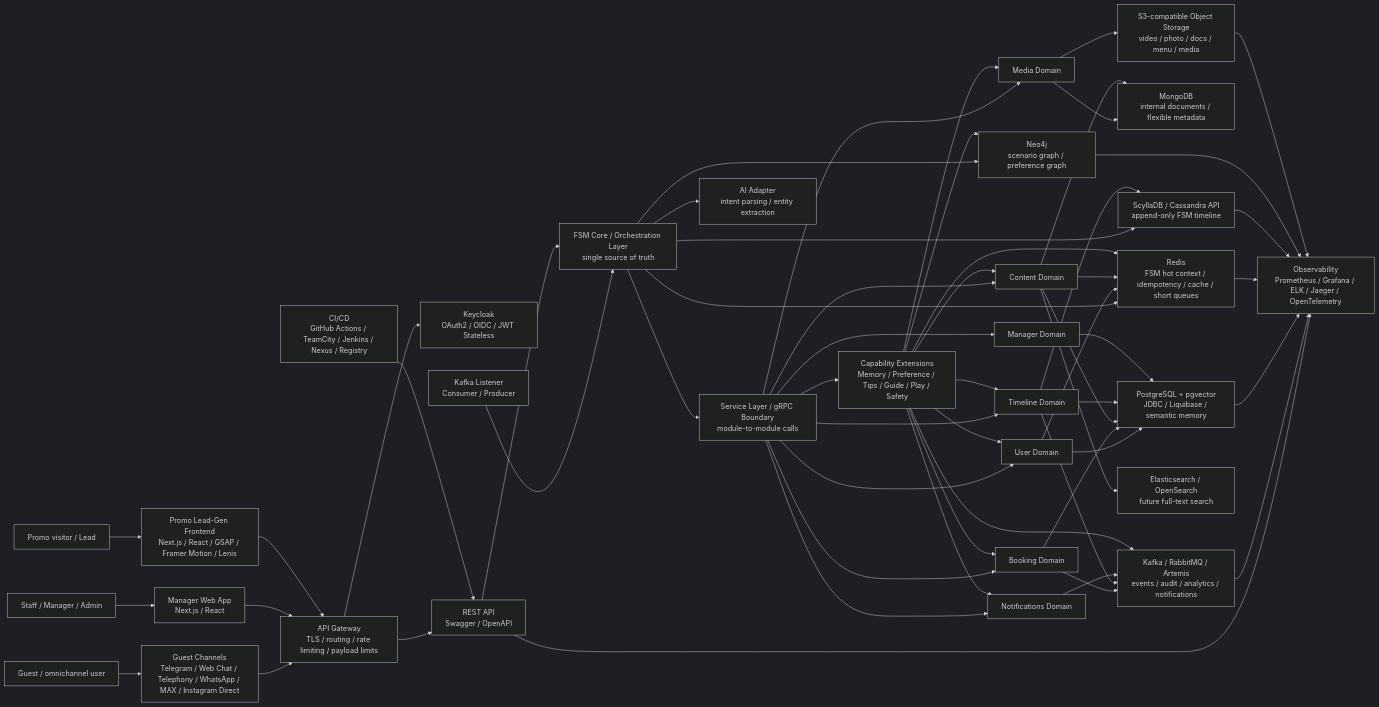
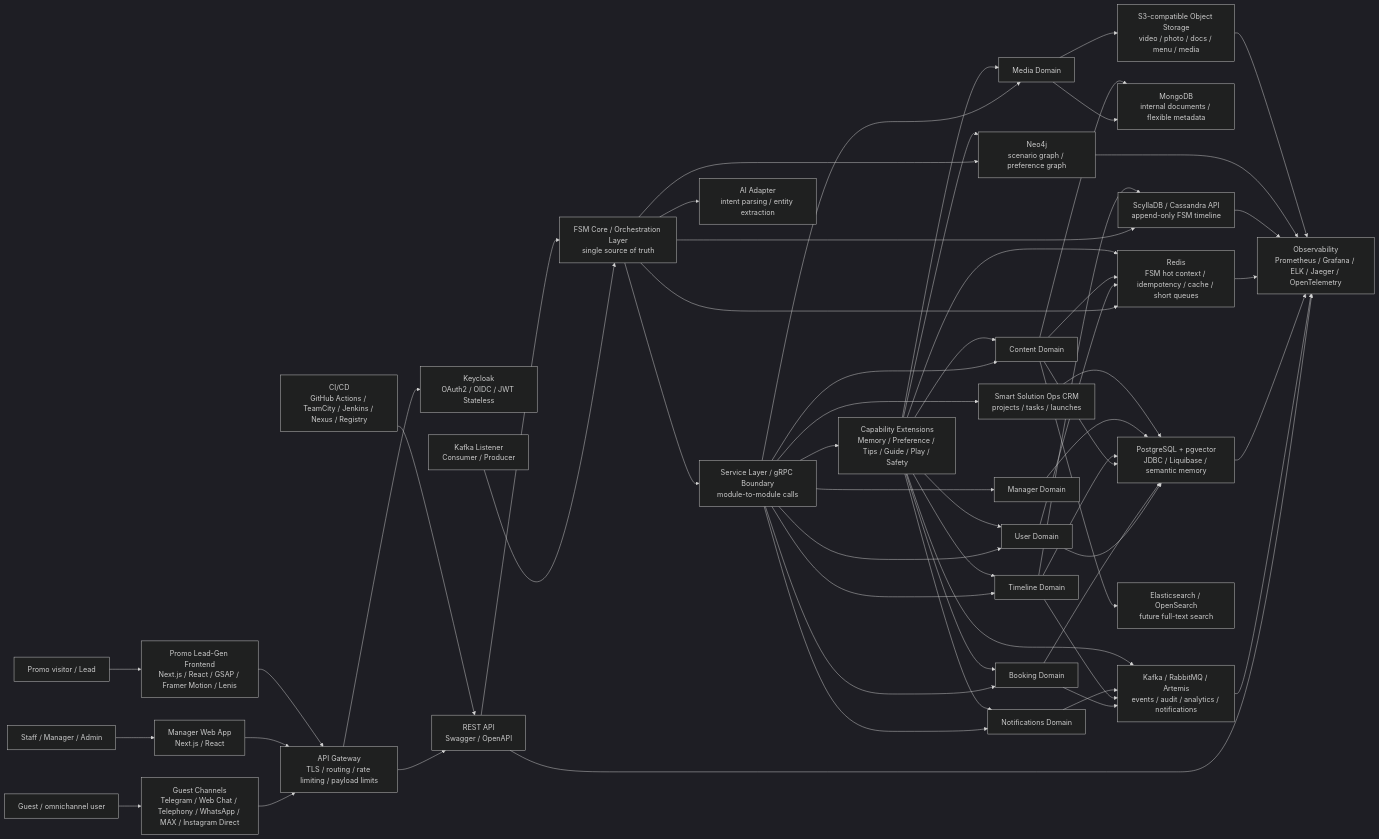
The first of 7 diagrams in docs/architecture/ARCHITECTURE.md (michaelwelly/Astor_Butler_MVP), drawn with Mermaid (dark theme) before and after one commit. The commit also changed other lines of this file and 31 other files, not shown here.

Commit message:
Add Smart Solution ops CRM slice

```diff
--- a/docs/architecture/ARCHITECTURE.md
+++ b/docs/architecture/ARCHITECTURE.md
@@ -34,6 +34,7 @@
     Media["Media Domain"]
     Timeline["Timeline Domain"]
     Manager["Manager Domain"]
+    Ops["Smart Solution Ops CRM<br/>projects / tasks / launches"]
     Notify["Notifications Domain"]
     Capability["Capability Extensions<br/>Memory / Preference / Tips / Guide / Play / Safety"]
 
@@ -66,6 +67,7 @@
     Services --> Media
     Services --> Timeline
     Services --> Manager
+    Services --> Ops
     Services --> Notify
     Services --> Capability
 
@@ -81,6 +83,7 @@
     Content --> Pg
     Timeline --> Pg
     Manager --> Pg
+    Ops --> Pg
     Media --> S3
     Media --> Mongo
     Content --> Mongo
```
